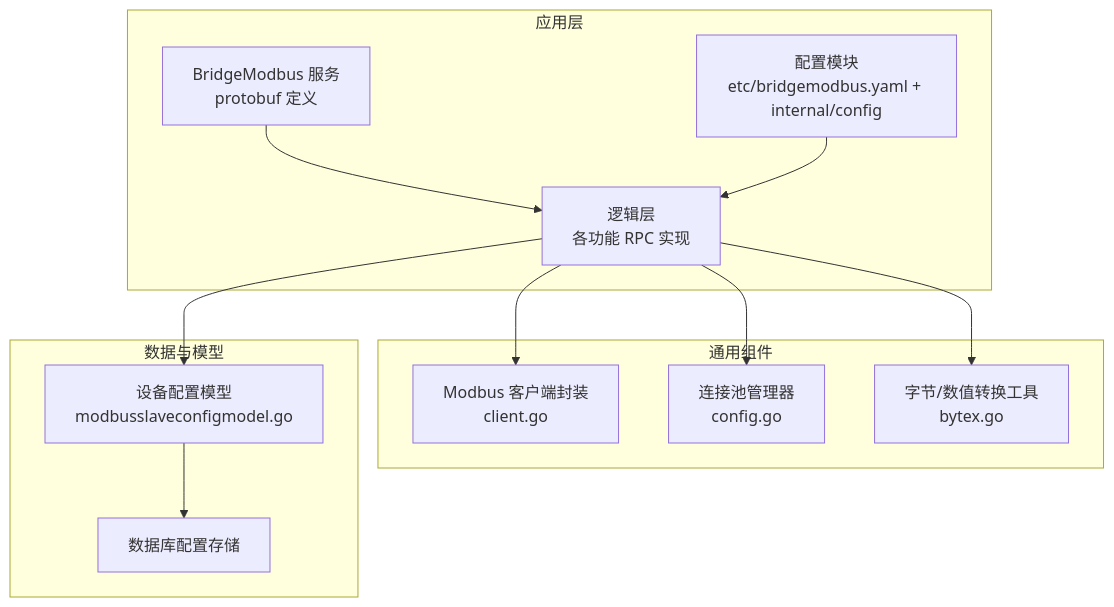
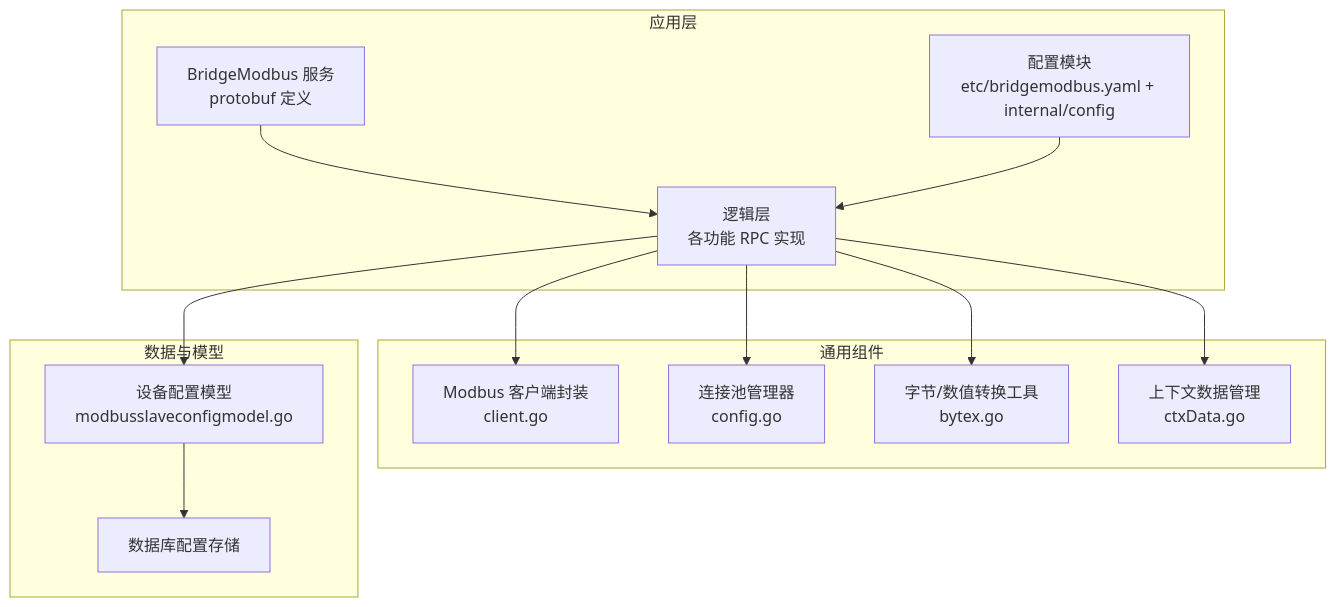
Before and after one commit to maomao94/zero-service: the first of 8 diagrams in .qoder/repowiki/zh/content/核心服务详解/Modbus 协议桥接服务/Modbus 协议桥接服务.md, drawn with Mermaid. The commit also changed other lines of this file and 2 other files, not shown here.

````diff
--- a/.qoder/repowiki/zh/content/核心服务详解/Modbus 协议桥接服务/Modbus 协议桥接服务.md
+++ b/.qoder/repowiki/zh/content/核心服务详解/Modbus 协议桥接服务/Modbus 协议桥接服务.md
@@ -39,24 +48,26 @@
 ```mermaid
 graph TB
 subgraph "应用层"
 API["BridgeModbus 服务<br/>protobuf 定义"]
 Logic["逻辑层<br/>各功能 RPC 实现"]
 Cfg["配置模块<br/>etc/bridgemodbus.yaml + internal/config"]
 end
 subgraph "通用组件"
 MBX["Modbus 客户端封装<br/>client.go"]
 PM["连接池管理器<br/>config.go"]
 BYT["字节/数值转换工具<br/>bytex.go"]
+CTX["上下文数据管理<br/>ctxData.go"]
 end
 subgraph "数据与模型"
 Model["设备配置模型<br/>modbusslaveconfigmodel.go"]
 DB["数据库配置存储"]
 end
 API --> Logic
 Logic --> MBX
 Logic --> PM
 Logic --> BYT
 Logic --> Model
+Logic --> CTX
 Model --> DB
 Cfg --> Logic
 ```
````
